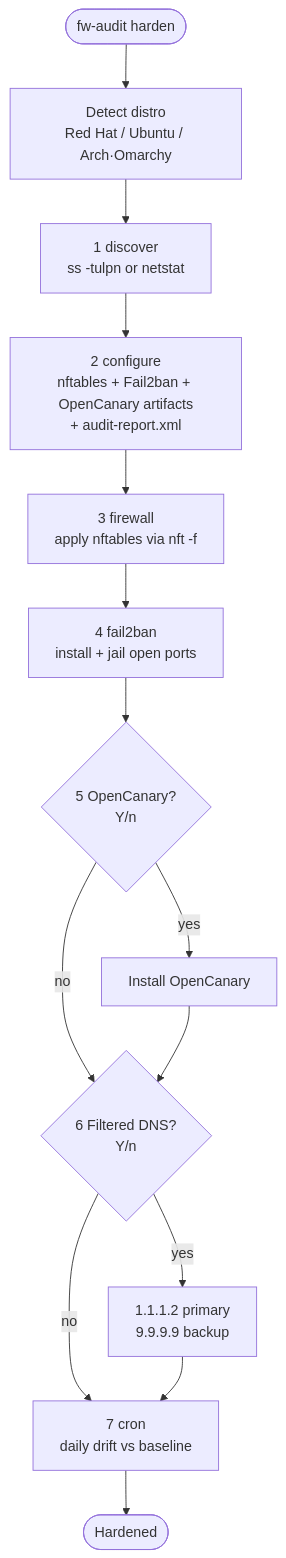
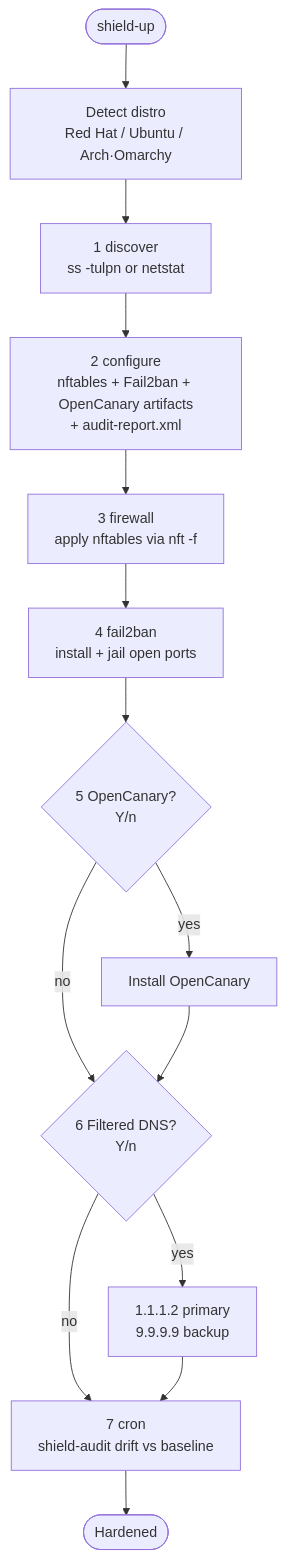
One commit to mowgli42/shield-map changed the first of 2 diagrams in README.md. Above: the diagram before and after it, drawn with Mermaid. The commit also changed other lines of this file and 23 other files, not shown here.

First line of the commit message:
Surface shield-map, shield-up, and shield-audit as canonical CLIs (#31)

````diff
--- a/README.md
+++ b/README.md
@@ -13,16 +34,16 @@
 ```mermaid
 flowchart TB
-  START([fw-audit harden]) --> DETECT[Detect distro<br/>Red Hat / Ubuntu / Arch·Omarchy]
+  START([shield-up]) --> DETECT[Detect distro<br/>Red Hat / Ubuntu / Arch·Omarchy]
   DETECT --> D[1 discover<br/>ss -tulpn or netstat]
   D --> C[2 configure<br/>nftables + Fail2ban + OpenCanary artifacts<br/>+ audit-report.xml]
   C --> F[3 firewall<br/>apply nftables via nft -f]
   F --> J[4 fail2ban<br/>install + jail open ports]
   J --> O{5 OpenCanary?<br/>Y/n}
   O -->|yes| OC[Install OpenCanary]
   O -->|no| DNSQ
   OC --> DNSQ{6 Filtered DNS?<br/>Y/n}
   DNSQ -->|yes| DNS[1.1.1.2 primary<br/>9.9.9.9 backup]
   DNSQ -->|no| CRON
-  DNS --> CRON[7 cron<br/>daily drift vs baseline]
+  DNS --> CRON[7 cron<br/>shield-audit drift vs baseline]
   CRON --> DONE([Hardened])
 ```
````
